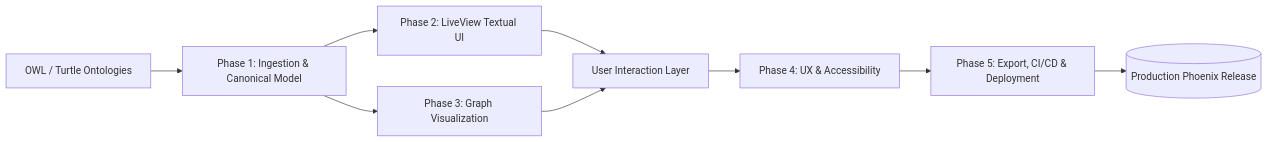
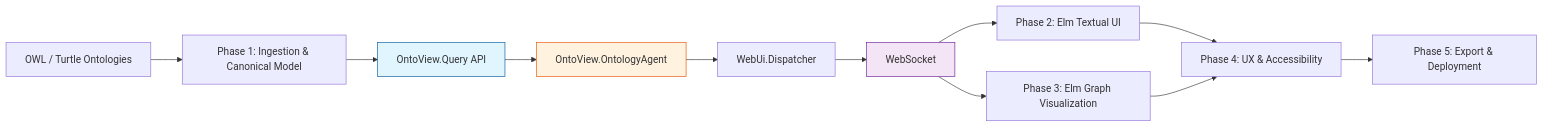
Before and after one commit to pcharbon70/onto_view: the first of 3 diagrams in notes/planning/overview.md, drawn with Mermaid. The commit also changed other lines of this file and 6 other files, not shown here.

First line of the commit message:
Revise planning documents for web_ui + CloudEvents architecture

````diff
--- a/notes/planning/overview.md
+++ b/notes/planning/overview.md
@@ -28,11 +19,20 @@
-``` mermaid
+```mermaid
 flowchart LR
     A[OWL / Turtle Ontologies] --> B[Phase 1: Ingestion & Canonical Model]
-    B --> C[Phase 2: LiveView Textual UI]
-    B --> D[Phase 3: Graph Visualization]
-    C --> E[User Interaction Layer]
-    D --> E
-    E --> F[Phase 4: UX & Accessibility]
-    F --> G[Phase 5: Export, CI/CD & Deployment]
-    G --> H[(Production Phoenix Release)]
+    B --> C[OntoView.Query API]
+    C --> D[OntoView.OntologyAgent]
+    D --> E[WebUi.Dispatcher]
+    E --> F[WebSocket]
+
+    F --> G[Phase 2: Elm Textual UI]
+    F --> H[Phase 3: Elm Graph Visualization]
+
+    G --> I[Phase 4: UX & Accessibility]
+    H --> I
+
+    I --> J[Phase 5: Export & Deployment]
+
+    style C fill:#e1f5ff,stroke:#01579b
+    style D fill:#fff3e0,stroke:#e65100
+    style F fill:#f3e5f5,stroke:#6a1b9a
 ```
````
